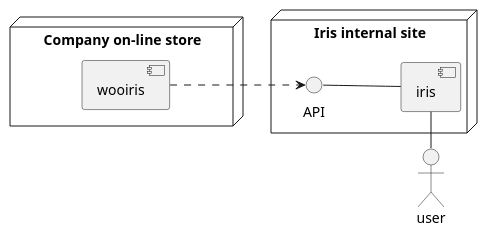
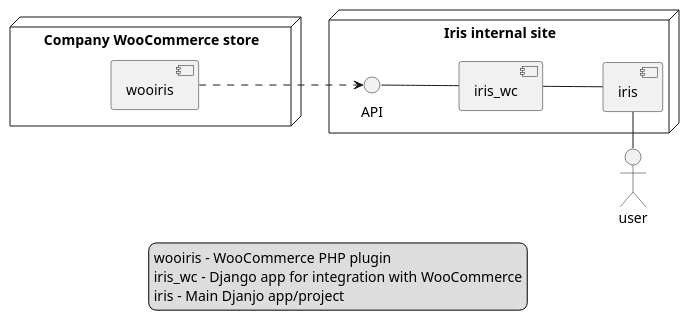
One commit to iriswm/iris changed the diagram in docs/components.plantuml. Above: the diagram before and after it, drawn with PlantUML. The commit also changed 6 other files, not shown here.

```diff
--- a/docs/components.plantuml
+++ b/docs/components.plantuml
@@ -1,18 +1,26 @@
 @startuml
+
 left to right direction
 
 node "Iris internal site" {
-  () "API" as API_IRIS
-  API_IRIS -- [iris]
+  () "API" as API_IRIS_WC
+  API_IRIS_WC -- [iris_wc]
+  [iris_wc] -- [iris]
 }
 
-node "Company on-line store" {
+node "Company WooCommerce store" {
   [wooiris]
 }
 
-[wooiris] ..> API_IRIS
+[wooiris] ..> API_IRIS_WC
 
 "user"
 user - [iris]
 
+legend
+wooiris - WooCommerce PHP plugin
+iris_wc - Django app for integration with WooCommerce
+iris - Main Djanjo app/project
+endlegend
+
 @enduml
```
